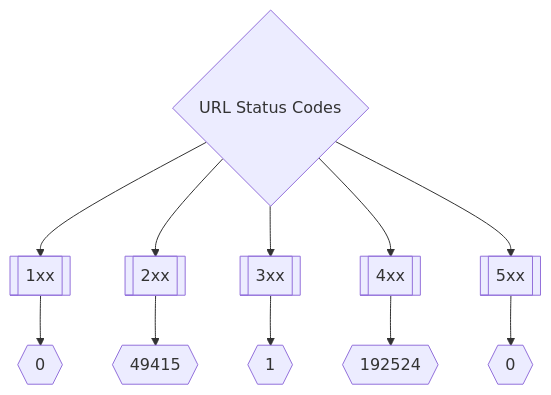
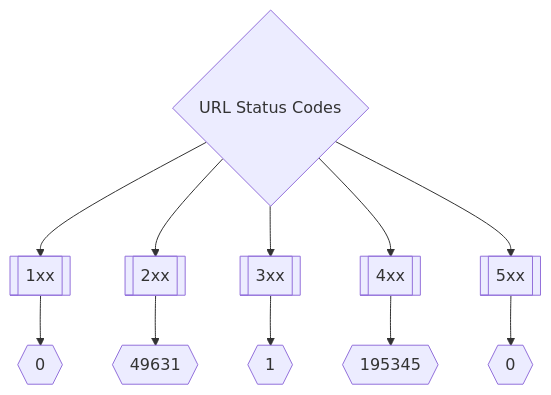
The second of 3 diagrams in README.md (trickest/inventory), drawn with Mermaid before and after one commit. The commit also changed other lines of this file and 167 other files, not shown here.

````diff
--- a/README.md
+++ b/README.md
@@ -173,8 +173,8 @@
 ```mermaid
 graph TD
 title{URL Status Codes} --> 1xx[[1xx]] --> status1xxNum{{0}}
-title --> 2xx[[2xx]] --> status2xxNum{{49415}}
+title --> 2xx[[2xx]] --> status2xxNum{{49631}}
 title --> 3xx[[3xx]] --> status3xxNum{{1}}
-title --> 4xx[[4xx]] --> status4xxNum{{192524}}
+title --> 4xx[[4xx]] --> status4xxNum{{195345}}
 title --> 5xx[[5xx]] --> status5xxNum{{0}}
 ```
````
